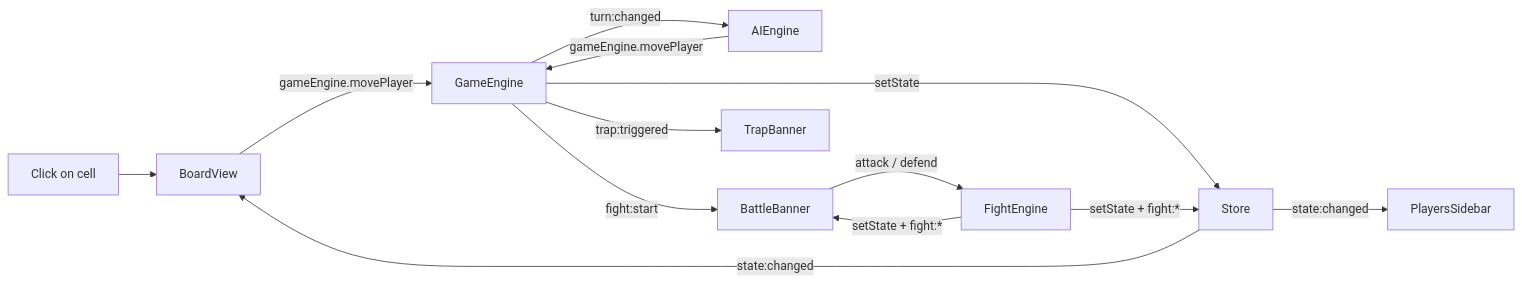
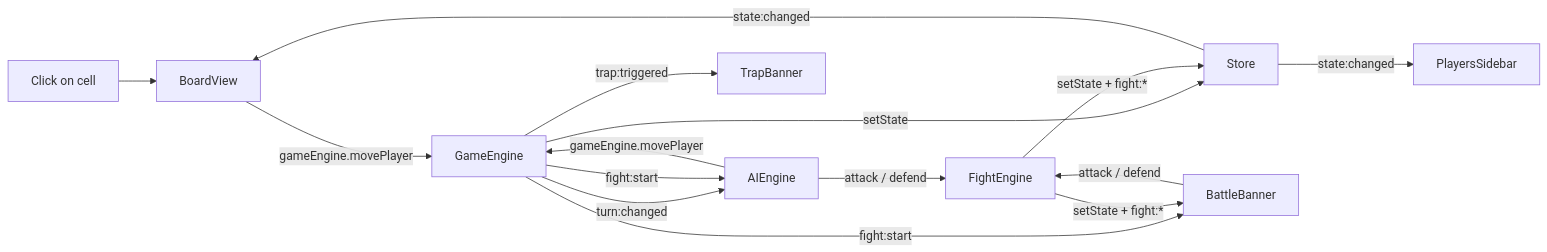
The diagram in docs/architecture.md (Jduquenne/Board-Game-Reborn), drawn with Mermaid before and after one commit. The commit also changed other lines of this file and 8 other files, not shown here.

````diff
--- a/docs/architecture.md
+++ b/docs/architecture.md
@@ -139,13 +139,14 @@
 ```mermaid
 flowchart LR
     Click[Click on cell] --> BoardView
     BoardView -->|gameEngine.movePlayer| GameEngine
     GameEngine -->|setState| Store
     Store -->|state:changed| BoardView & PlayersSidebar
     GameEngine -->|turn:changed| AIEngine
     AIEngine -->|gameEngine.movePlayer| GameEngine
-    GameEngine -->|fight:start| BattleBanner
+    GameEngine -->|fight:start| BattleBanner & AIEngine
+    AIEngine -->|attack / defend| FightEngine
     BattleBanner -->|attack / defend| FightEngine
     FightEngine -->|setState + fight:*| Store & BattleBanner
     GameEngine -->|trap:triggered| TrapBanner
 ```
````
